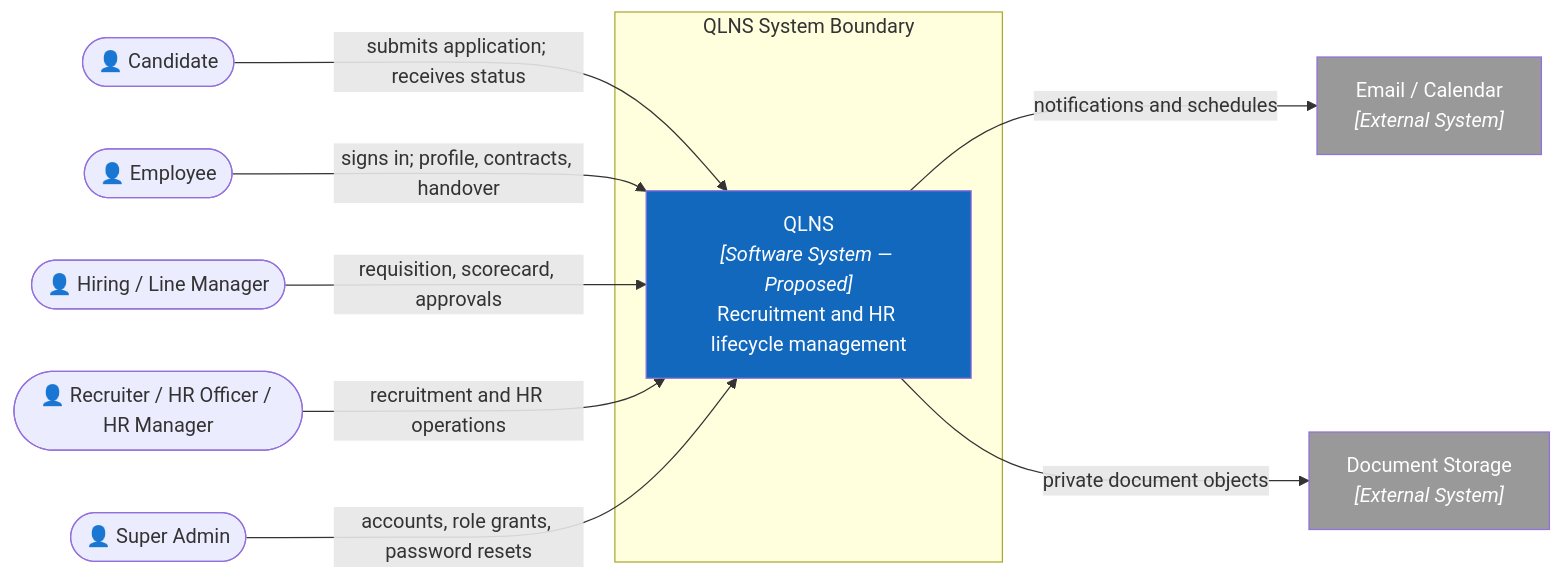
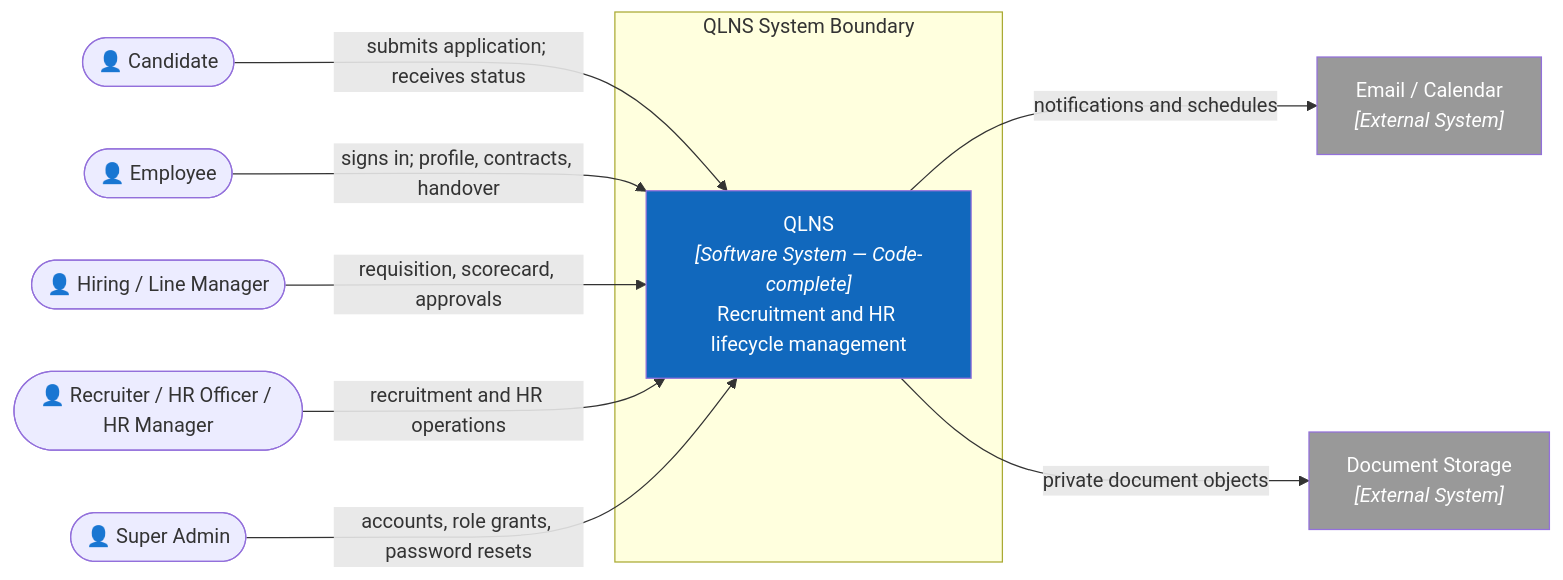
One commit to nvdat16/QLNS changed the first of 12 diagrams in docs/architecture.md. Above: the diagram before and after it, drawn with Mermaid. The commit also changed other lines of this file and 5 other files, not shown here.

First line of the commit message:
docs: replace stale "skeleton" status with the actual code-complete state

````diff
--- a/docs/architecture.md
+++ b/docs/architecture.md
@@ -64,27 +64,27 @@
 ```mermaid
 flowchart LR
     candidate(["👤 Candidate"])
     employee(["👤 Employee"])
     manager(["👤 Hiring / Line Manager"])
     hr(["👤 Recruiter / HR Officer / HR Manager"])
     admin(["👤 Super Admin"])
 
     subgraph boundary["QLNS System Boundary"]
-        qlns["QLNS<br/><i>[Software System — Proposed]</i><br/>Recruitment and HR lifecycle management"]
+        qlns["QLNS<br/><i>[Software System — Code-complete]</i><br/>Recruitment and HR lifecycle management"]
     end
 
     comms["Email / Calendar<br/><i>[External System]</i>"]
     storage["Document Storage<br/><i>[External System]</i>"]
 
     candidate -- "submits application; receives status" --> qlns
     employee -- "signs in; profile, contracts, handover" --> qlns
     manager -- "requisition, scorecard, approvals" --> qlns
     hr -- "recruitment and HR operations" --> qlns
     admin -- "accounts, role grants, password resets" --> qlns
     qlns -- "notifications and schedules" --> comms
     qlns -- "private document objects" --> storage
 
     style qlns fill:#1168bd,color:#fff
     style comms fill:#999,color:#fff
     style storage fill:#999,color:#fff
 ```
````
